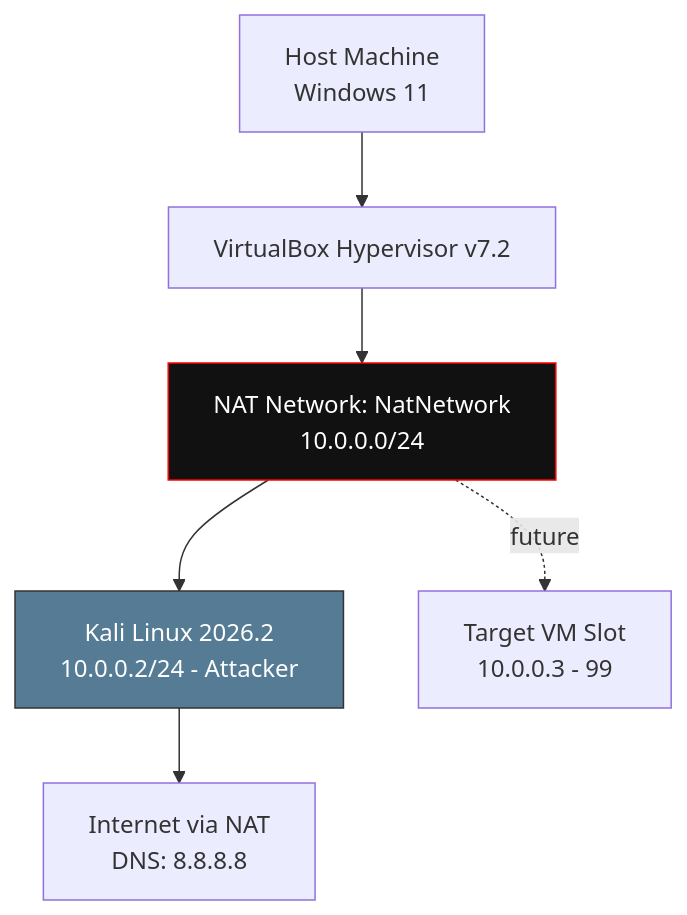
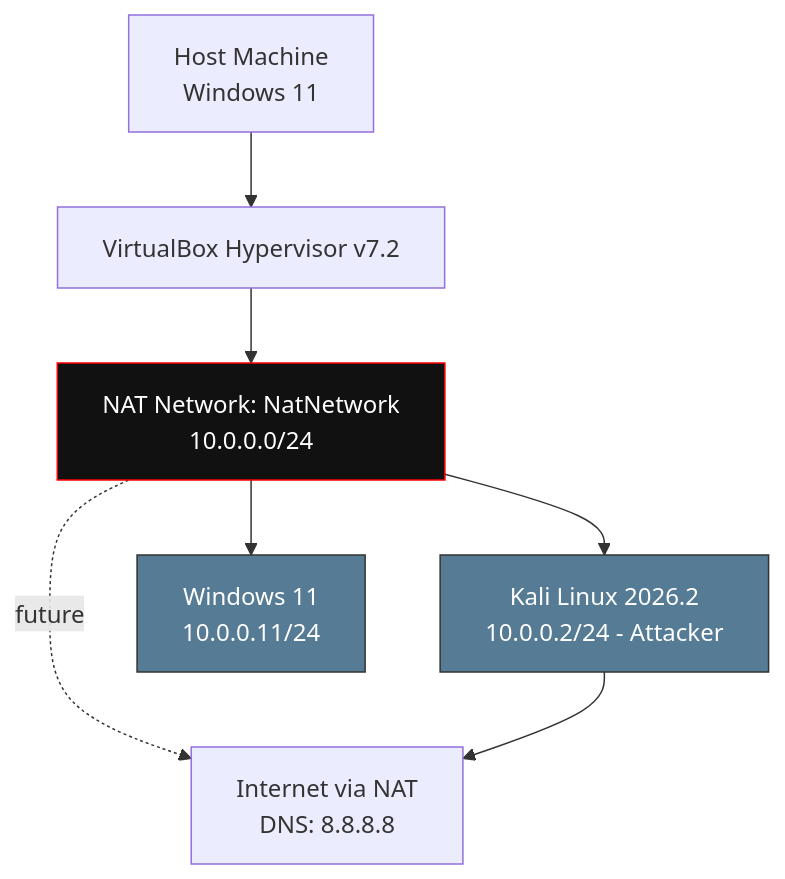
Before and after one commit to pratyaychandra/NETWORKWALKS-B083F-WK1-PM1-CYBERSECURITY-LAB-SETUP: the diagram in README.md, drawn with Mermaid.

Commit message:
README.md

````diff
--- a/README.md
+++ b/README.md
@@ -56,11 +56,13 @@
 ```mermaid
 graph TD
     A[Host Machine<br/>Windows 11] --> B[VirtualBox Hypervisor v7.2]
     B --> C[NAT Network: NatNetwork<br/>10.0.0.0/24]
     C --> D[Kali Linux 2026.2<br/>10.0.0.2/24 - Attacker]
-    C -.future.-> E[Target VM Slot<br/>10.0.0.3 - 99]
+    C --> E[Windows 11<br/>10.0.0.11/24]
+    C -.future.-> F[Target VM Slot<br/>10.0.0.3 - 99]
     D --> F[Internet via NAT<br/>DNS: 8.8.8.8]
 
     style D fill:#557C94,stroke:#333,color:#fff
+    style E fill:#557C94,stroke:#333,color:#fff
     style C fill:#111,stroke:#f00,color:#fff
 ```
````
